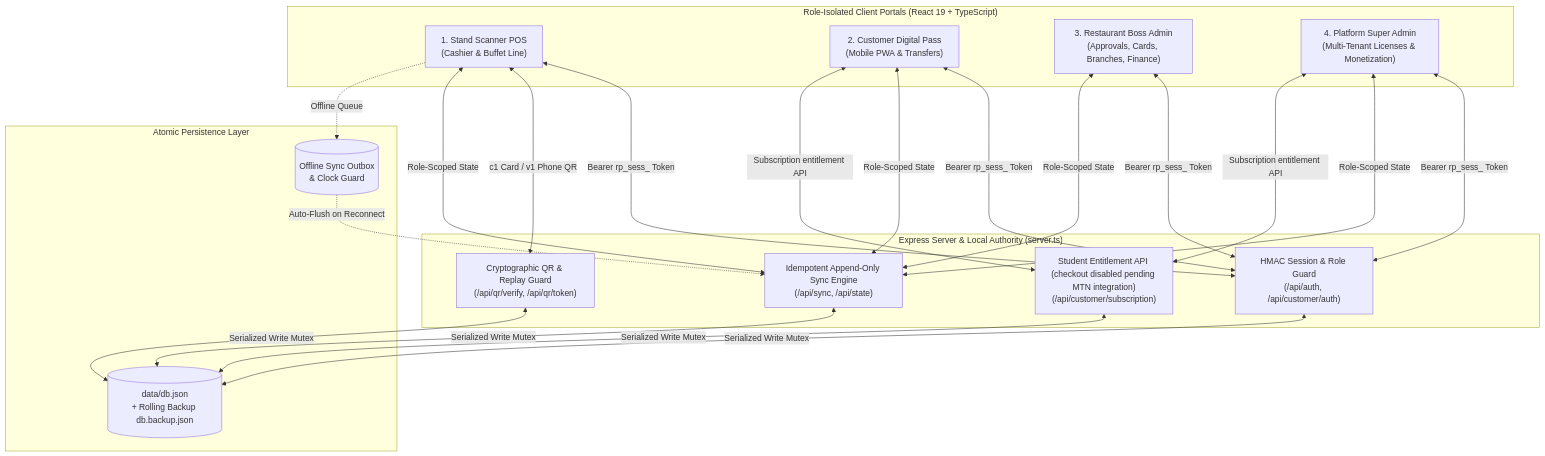
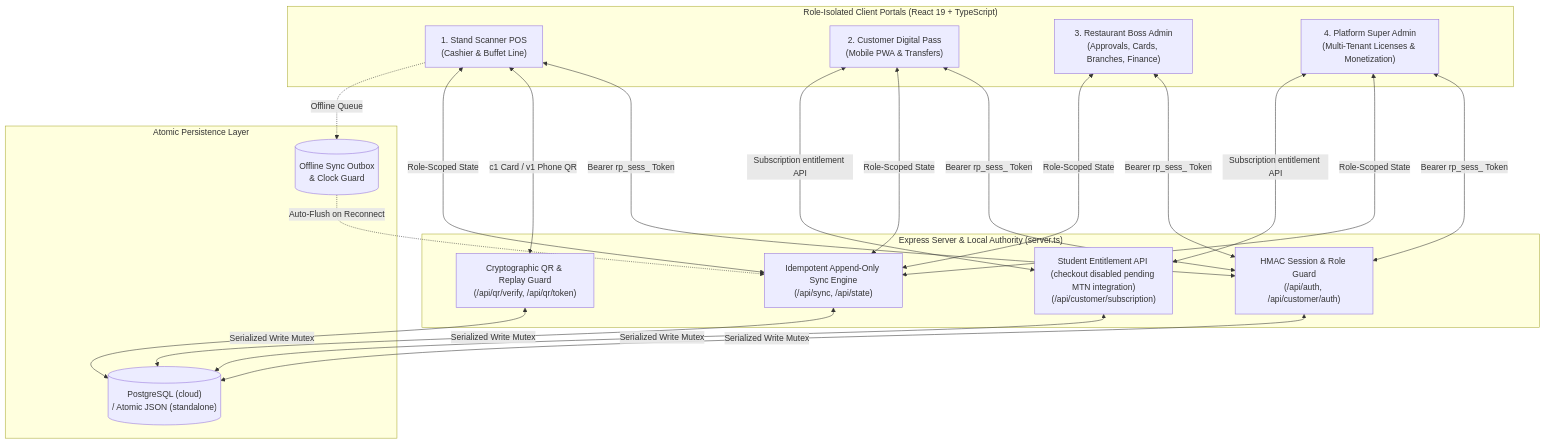
The diagram in README.md (ephremdushime/restourant), drawn with Mermaid before and after one commit. The commit also changed other lines of this file, not shown here.

````diff
--- a/README.md
+++ b/README.md
@@ -34,29 +34,29 @@
 ```mermaid
 flowchart TB
     subgraph Clients["Role-Isolated Client Portals (React 19 + TypeScript)"]
         P1["1. Stand Scanner POS\n(Cashier & Buffet Line)"]
         P2["2. Customer Digital Pass\n(Mobile PWA & Transfers)"]
         P3["3. Restaurant Boss Admin\n(Approvals, Cards, Branches, Finance)"]
         P4["4. Platform Super Admin\n(Multi-Tenant Licenses & Monetization)"]
     end
 
     subgraph Authority["Express Server & Local Authority (server.ts)"]
         Auth["HMAC Session & Role Guard\n(/api/auth, /api/customer/auth)"]
         QR["Cryptographic QR & Replay Guard\n(/api/qr/verify, /api/qr/token)"]
         Sync["Idempotent Append-Only Sync Engine\n(/api/sync, /api/state)"]
         Sub["Student Entitlement API (checkout disabled pending MTN integration)\n(/api/customer/subscription)"]
     end
 
     subgraph Storage["Atomic Persistence Layer"]
-        DB[("data/db.json\n+ Rolling Backup db.backup.json")]
+        DB[("PostgreSQL (cloud)\n/ Atomic JSON (standalone)")]
         Outbox[("Offline Sync Outbox\n& Clock Guard")]
     end
 
     P1 & P2 & P3 & P4 <-->|Bearer rp_sess_ Token| Auth
     P1 <-->|c1 Card / v1 Phone QR| QR
     P1 & P2 & P3 & P4 <-->|Role-Scoped State| Sync
     P2 & P4 <-->|Subscription entitlement API| Sub
     Auth & QR & Sync & Sub <-->|Serialized Write Mutex| DB
     P1 -.->|Offline Queue| Outbox
     Outbox -.->|Auto-Flush on Reconnect| Sync
 ```
````
